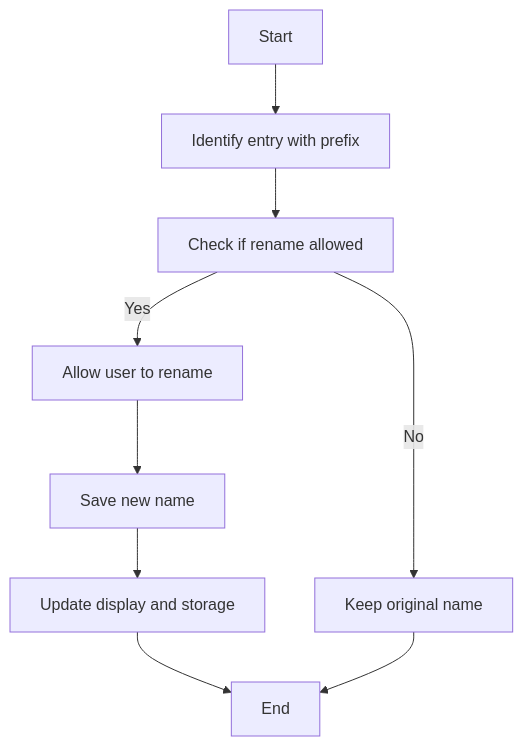
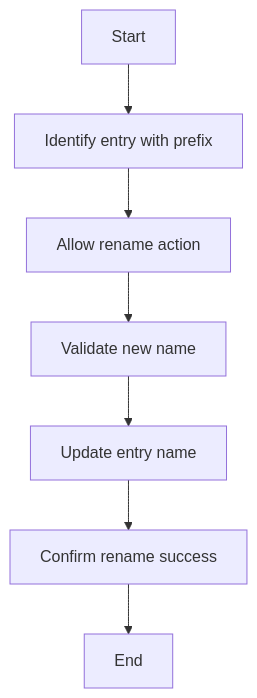
One commit to AlexAgo83/logics-manager changed the diagram in logics/request/req_005_rename_entry_name_suffix.md. Above: the diagram before and after it, drawn with Mermaid. The commit also changed 50 other files, not shown here.

````diff
--- a/logics/request/req_005_rename_entry_name_suffix.md
+++ b/logics/request/req_005_rename_entry_name_suffix.md
@@ -7,13 +7,11 @@
 ```mermaid
 %% logics-kind: request
 %% logics-signature: request|allow-renaming-request-backlog-task-entr|give-users-the-ability-to-rename|ac1-define-a-measurable-outcome
 flowchart TD
   A[Start] --> B[Identify entry with prefix]
-  B --> C[Check if rename allowed]
-  C -->|No| D[Keep original name]
-  C -->|Yes| E[Allow user to rename]
-  E --> F[Save new name]
-  F --> G[Update display and storage]
-  G --> H[End]
-  D --> H
+  B --> C[Allow rename action]
+  C --> D[Validate new name]
+  D --> E[Update entry name]
+  E --> F[Confirm rename success]
+  F --> G[End]
 ```
````
